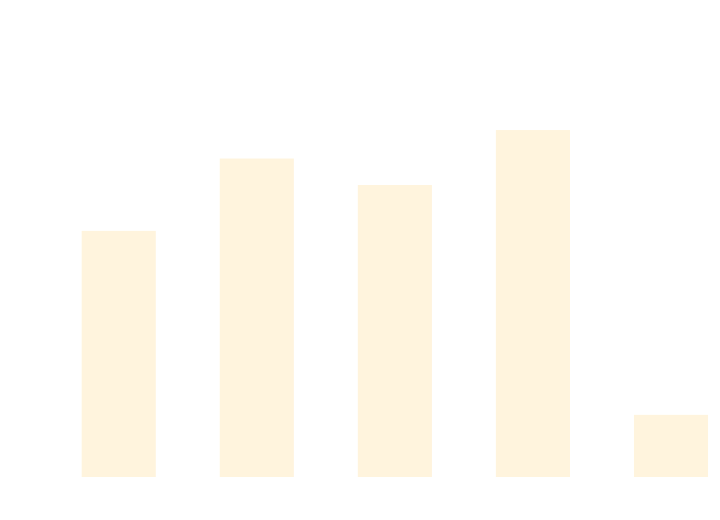
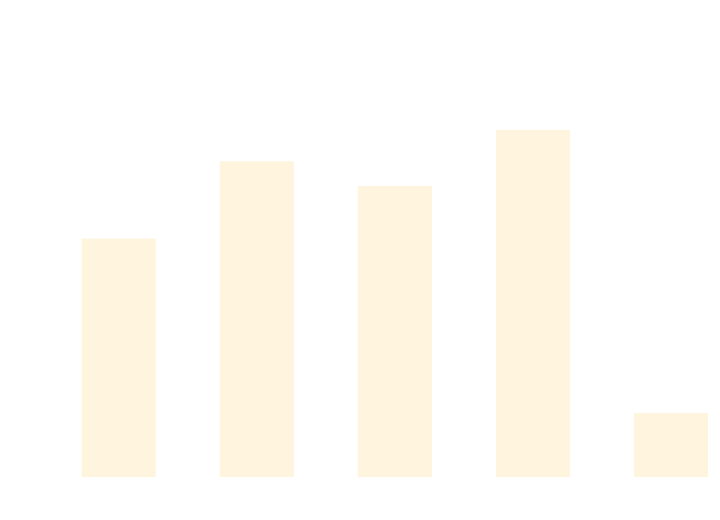
The diagram in docs/docs/benchmarks/AsyncTests.md (thomhurst/TUnit), drawn with Mermaid before and after one commit. The commit also changed other lines of this file and 17 other files, not shown here.

````diff
--- a/docs/docs/benchmarks/AsyncTests.md
+++ b/docs/docs/benchmarks/AsyncTests.md
@@ -27,37 +27,37 @@
 ```mermaid
 %%{init: {
   'theme':'base',
   'themeVariables': {
     'primaryColor': '#2563eb',
     'primaryTextColor': '#ffffff',
     'primaryBorderColor': '#1e40af',
     'lineColor': '#6b7280',
     'secondaryColor': '#7c3aed',
     'tertiaryColor': '#dc2626',
     'background': '#ffffff',
     'mainBkg': '#2563eb',
     'secondBkg': '#7c3aed',
     'tertiaryBkg': '#dc2626',
     'clusterBkg': '#f3f4f6',
     'edgeLabelBackground': '#ffffff',
     'tertiaryTextColor': '#1f2937',
     'pie1': '#2563eb',
     'pie2': '#7c3aed',
     'pie3': '#dc2626',
     'pie4': '#f59e0b',
     'pie5': '#10b981',
     'pie6': '#06b6d4',
     'pie7': '#ec4899',
     'pie8': '#6366f1',
     'pie9': '#84cc16',
     'pie10': '#f97316',
     'pie11': '#14b8a6',
     'pie12': '#a855f7'
   }
 }}%%
 xychart-beta
   title "AsyncTests Performance Comparison"
   x-axis ["TUnit", "NUnit", "MSTest", "xUnit3", "TUnit_AOT"]
-  y-axis "Time (ms)" 0 --> 923
-  bar [540, 704.1, 644, 768.7, 122.8]
+  y-axis "Time (ms)" 0 --> 890
+  bar [504, 672.9, 618.7, 741.5, 122.4]
 ```
````
